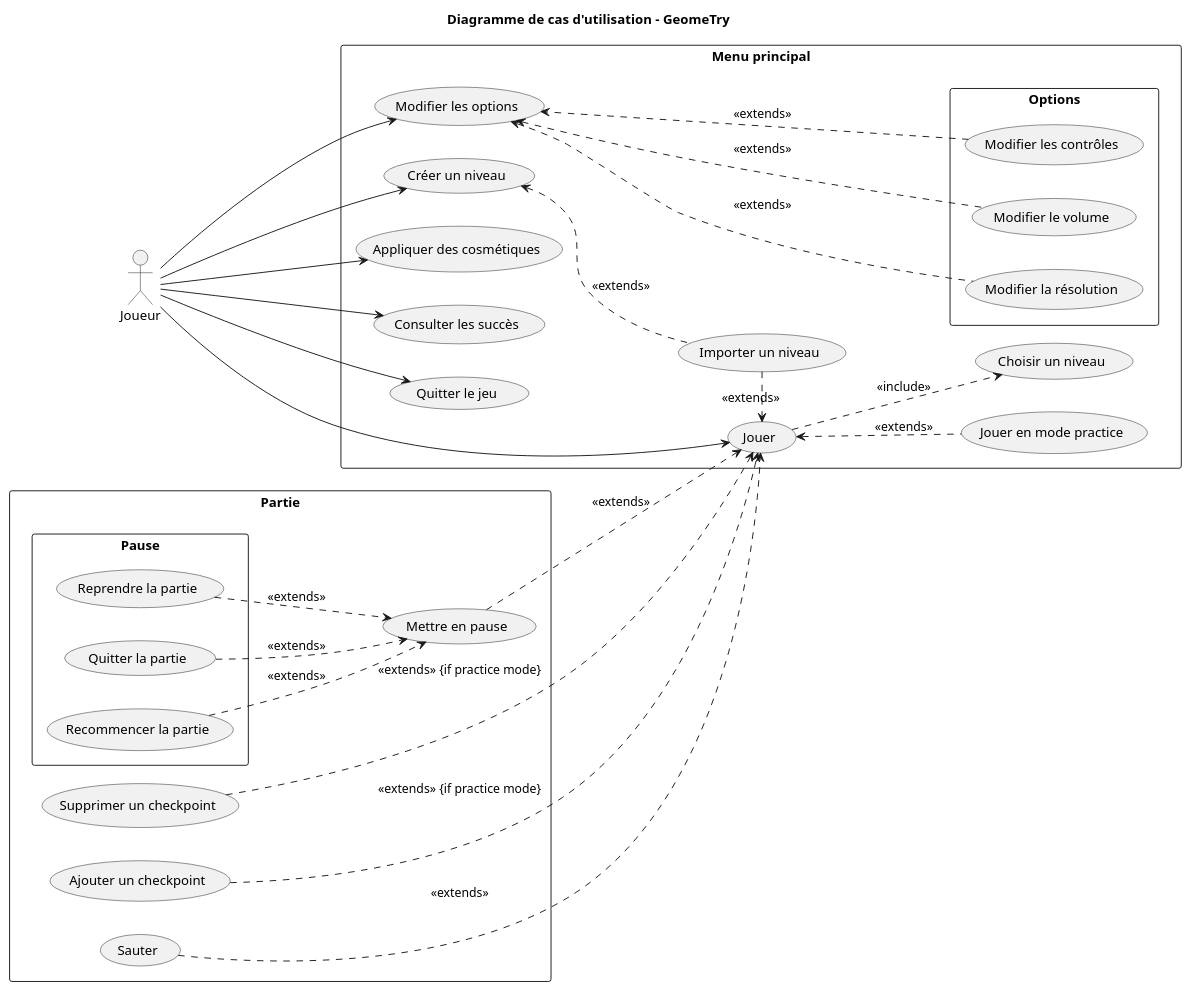
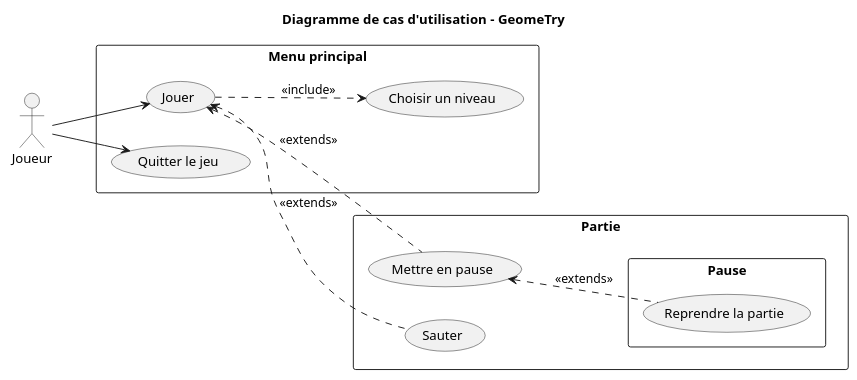
One commit to Christ0u/GeomeTry changed the diagram in Diagrams/Usecase.puml. Above: the diagram before and after it, drawn with PlantUML. The commit also changed 1 other file, not shown here.

Commit message:
CHG : Mise à jour du diagramme d'activité et du diagramme de cas d'utilisation

```diff
--- a/Diagrams/Usecase.puml
+++ b/Diagrams/Usecase.puml
@@ -1,44 +1,22 @@
 @startuml Usecase
 left to right direction
 title Diagramme de cas d'utilisation - GeomeTry
 
 actor Joueur
 
 rectangle "Menu principal" {
-        
-    Joueur ---> (Jouer)
+    Joueur -d-> (Jouer)
     (Jouer) ..> (Choisir un niveau) : <<include>>
-    (Jouer) <.left. (Importer un niveau) : <<extends>>
-    (Jouer) <.. (Jouer en mode practice) : <<extends>>
-
-    Joueur --> (Créer un niveau)
-    (Créer un niveau) <.. (Importer un niveau) : <<extends>>
-
-    Joueur --> (Modifier les options)
-
-    rectangle Options {
-        (Modifier les options) <.left.. (Modifier les contrôles) : <<extends>>
-        (Modifier les options) <... (Modifier la résolution) : <<extends>>
-        (Modifier les options) <... (Modifier le volume) : <<extends>>
-    }
-
-    Joueur --> (Appliquer des cosmétiques)
-
-    Joueur --> (Consulter les succès)
-
     Joueur --> (Quitter le jeu)
 }
 
 rectangle Partie {
-    Jouer <.up. (Mettre en pause) : <<extends>>
-    Jouer <.up. (Sauter) : <<extends>>
-    Jouer <.up. (Ajouter un checkpoint) : <<extends>> {if practice mode}
-    Jouer <.up. (Supprimer un checkpoint) : <<extends>> {if practice mode}
+    (Jouer) <.. (Mettre en pause) : <<extends>>
+    (Jouer) <.. (Sauter) : <<extends>>
 
     rectangle Pause {
-    (Mettre en pause) <.up. (Reprendre la partie) : <<extends>>
-    (Mettre en pause) <.up. (Quitter la partie) : <<extends>> 
-    (Mettre en pause) <.up. (Recommencer la partie) : <<extends>>
+        (Mettre en pause) <.. (Reprendre la partie) : <<extends>>
+    }
 }
 
 @enduml
```
